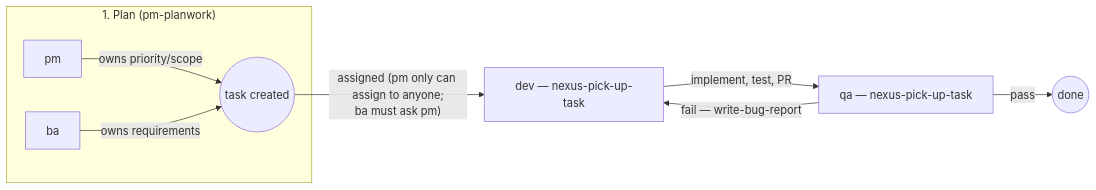
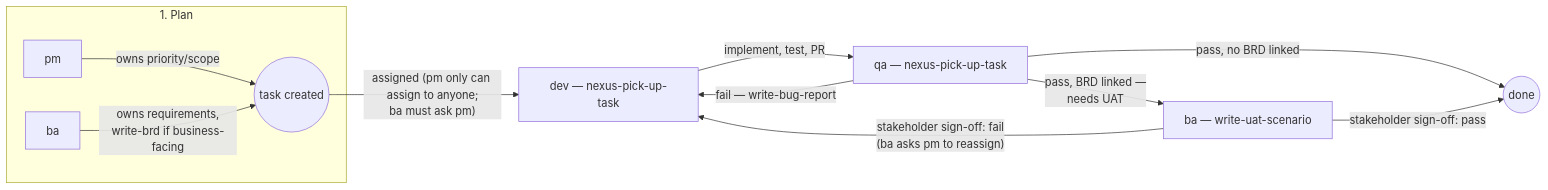
The diagram in roles/WORKFLOW.md (tanakorncode/nexus-mcp), drawn with Mermaid before and after one commit. The commit also changed other lines of this file and 2 other files, not shown here.

````diff
--- a/roles/WORKFLOW.md
+++ b/roles/WORKFLOW.md
@@ -9,11 +9,14 @@
 ```mermaid
 flowchart LR
-    subgraph Plan["1. Plan (pm-planwork)"]
+    subgraph Plan["1. Plan"]
         PM["pm"] -->|owns priority/scope| Task(("task created"))
-        BA["ba"] -->|owns requirements| Task
+        BA["ba"] -->|"owns requirements,<br/>write-brd if business-facing"| Task
     end
     Task -->|"assigned (pm only can assign to anyone;<br/>ba must ask pm)"| DEV["dev — nexus-pick-up-task"]
     DEV -->|"implement, test, PR"| QA["qa — nexus-pick-up-task"]
-    QA -->|"pass"| Done(("done"))
     QA -->|"fail — write-bug-report"| DEV
+    QA -->|"pass, no BRD linked"| Done(("done"))
+    QA -->|"pass, BRD linked —<br/>needs UAT"| BAUAT["ba — write-uat-scenario"]
+    BAUAT -->|"stakeholder sign-off: pass"| Done
+    BAUAT -->|"stakeholder sign-off: fail<br/>(ba asks pm to reassign)"| DEV
 ```
````
